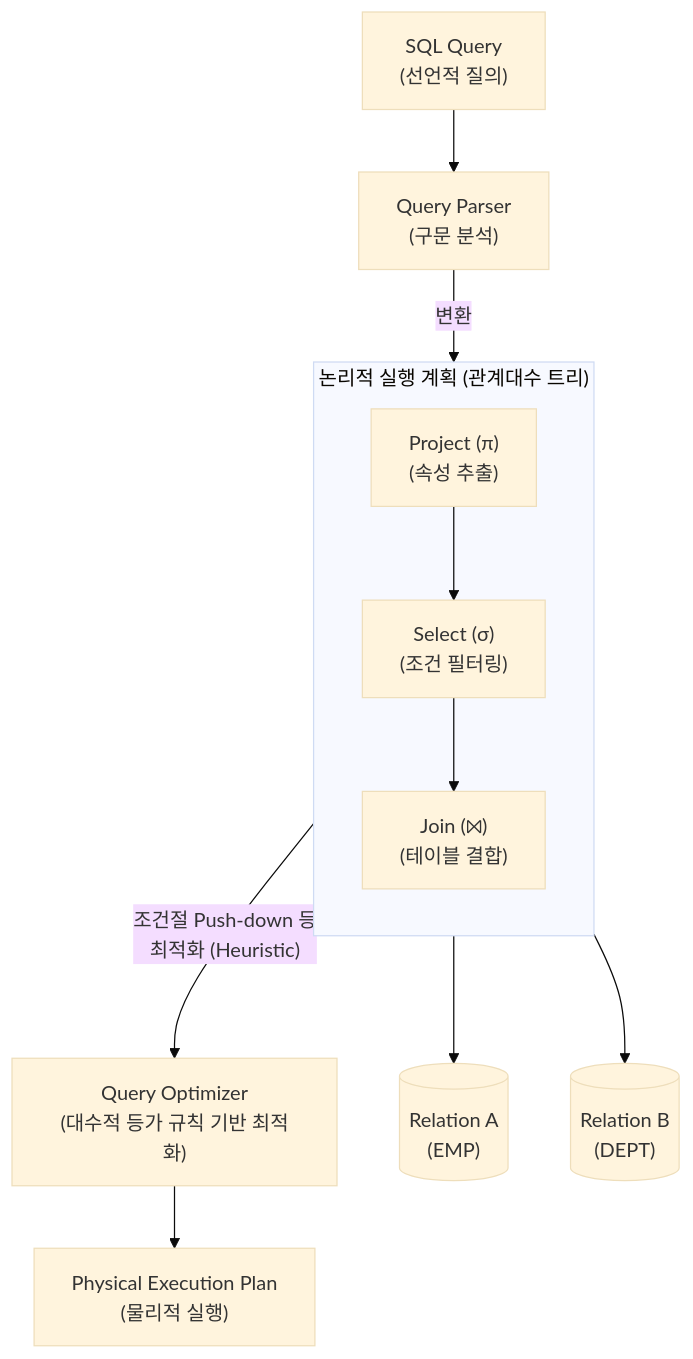
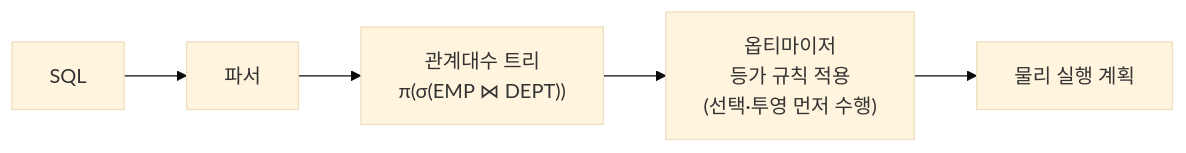
One commit to supremethumb/supremethumb.github.io changed the diagram in content/01_IT Tech/관계대수.md. Above: the diagram before and after it, drawn with Mermaid (base theme). The commit also changed other lines of this file and 1087 other files, not shown here.

````diff
--- a/content/01_IT Tech/관계대수.md
+++ b/content/01_IT Tech/관계대수.md
@@ -27,30 +34,7 @@
 ```mermaid
-flowchart TD
-    SQL["SQL Query<br/>(선언적 질의)"]
-    Parser["Query Parser<br/>(구문 분석)"]
-    
-    subgraph LogicalPlan ["논리적 실행 계획 (관계대수 트리)"]
-        direction TB
-        Project["Project (π)<br/>(속성 추출)"]
-        Select["Select (σ)<br/>(조건 필터링)"]
-        Join["Join (⨝)<br/>(테이블 결합)"]
-        
-        Project --> Select
-        Select --> Join
-    end
-    
-    Opt["Query Optimizer<br/>(대수적 등가 규칙 기반 최적화)"]
-    Physical["Physical Execution Plan<br/>(물리적 실행)"]
-    
-    R1[("Relation A<br/>(EMP)")]
-    R2[("Relation B<br/>(DEPT)")]
-
-    SQL --> Parser
-    Parser -->|"변환"| Project
-    Join --> R1
-    Join --> R2
-    
-    LogicalPlan -->|"조건절 Push-down 등<br/>최적화 (Heuristic)"| Opt
-    Opt --> Physical
-
+flowchart LR
+    S["SQL"] --> P["파서"]
+    P --> T["관계대수 트리<br/>π(σ(EMP ⋈ DEPT))"]
+    T --> O["옵티마이저<br/>등가 규칙 적용<br/>(선택·투영 먼저 수행)"]
+    O --> X["물리 실행 계획"]
 ```
````
